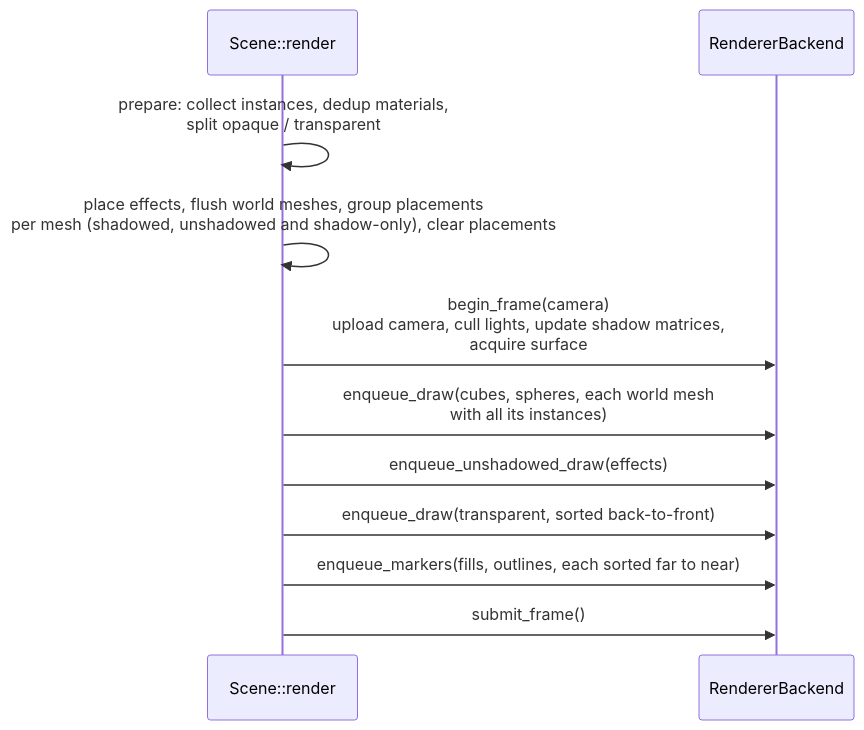
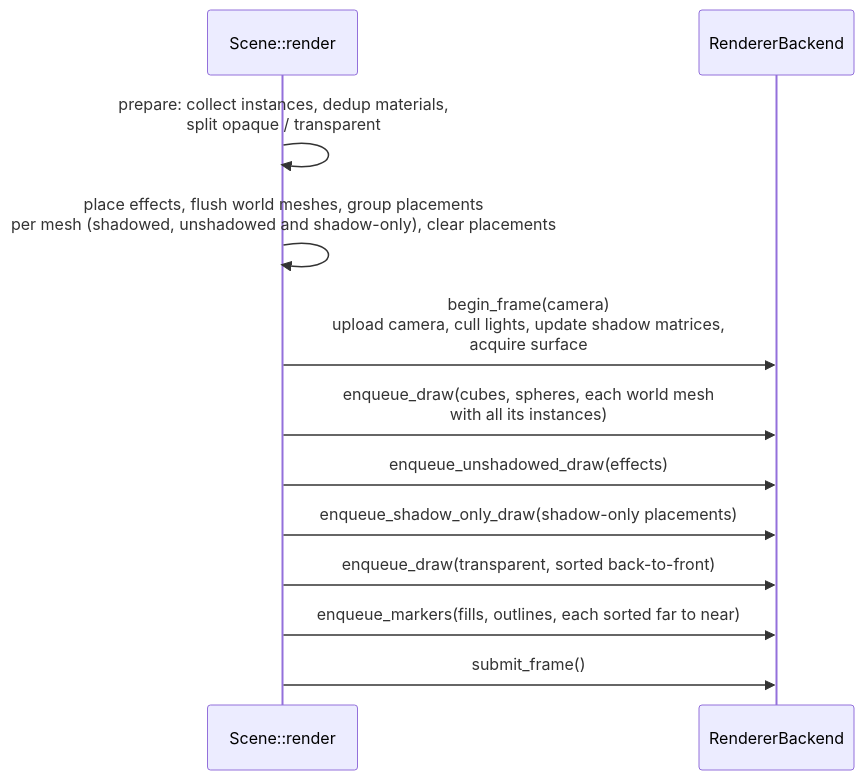
One commit to WrackedFella/moho changed the second of 3 diagrams in wiki/architecture/rendering.md. Above: the diagram before and after it, drawn with Mermaid. The commit also changed other lines of this file, not shown here.

Commit message:
docs(rendering): draw key passes and shadow-only enqueue in sequence [ENG-F38-02]

````diff
--- a/wiki/architecture/rendering.md
+++ b/wiki/architecture/rendering.md
@@ -387,13 +387,14 @@
 ```mermaid
 sequenceDiagram
     participant S as Scene::render
     participant B as RendererBackend
     S->>S: prepare: collect instances, dedup materials,<br/>split opaque / transparent
     S->>S: place effects, flush world meshes, group placements<br/>per mesh (shadowed, unshadowed and shadow-only), clear placements
     S->>B: begin_frame(camera)<br/>upload camera, cull lights, update shadow matrices,<br/>acquire surface
     S->>B: enqueue_draw(cubes, spheres, each world mesh<br/>with all its instances)
     S->>B: enqueue_unshadowed_draw(effects)
+    S->>B: enqueue_shadow_only_draw(shadow-only placements)
     S->>B: enqueue_draw(transparent, sorted back-to-front)
     S->>B: enqueue_markers(fills, outlines, each sorted far to near)
     S->>B: submit_frame()
 ```
````
